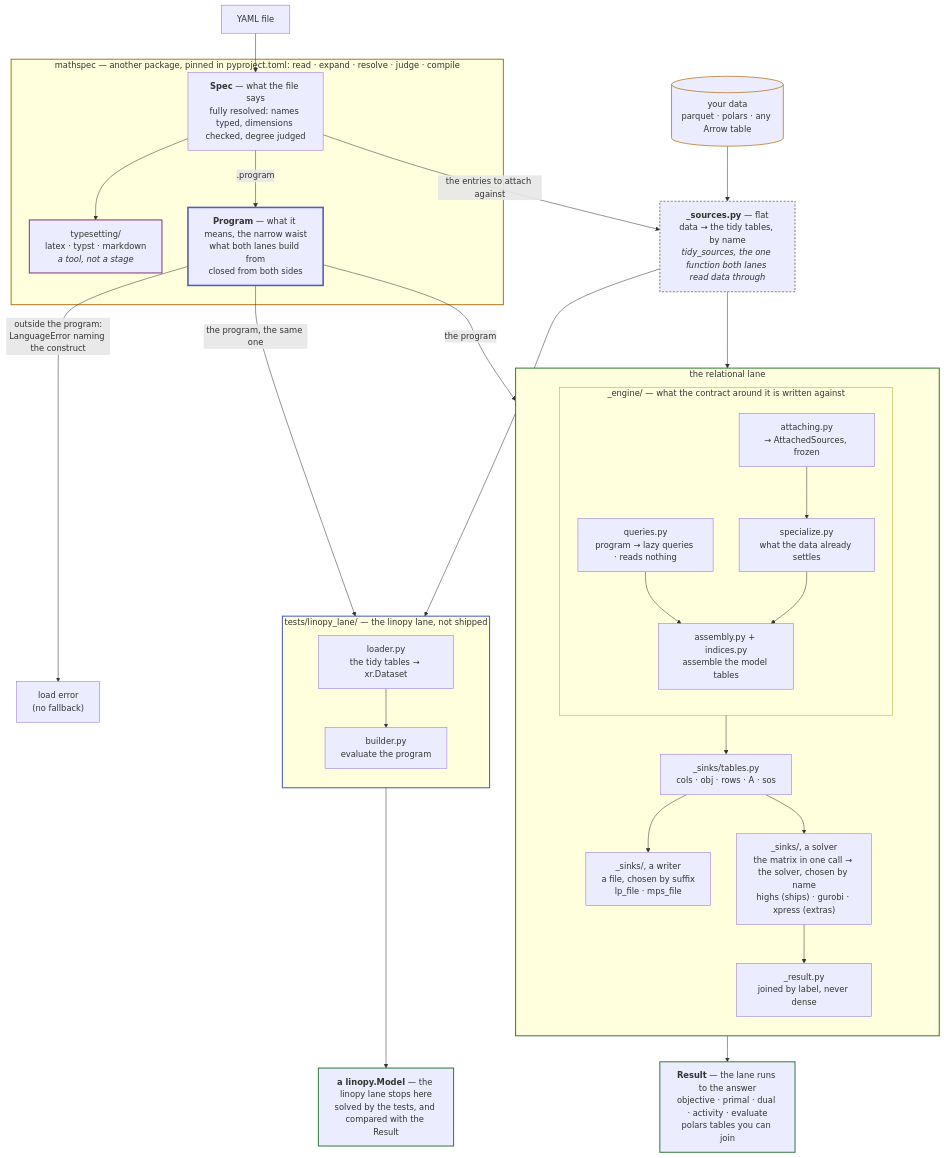
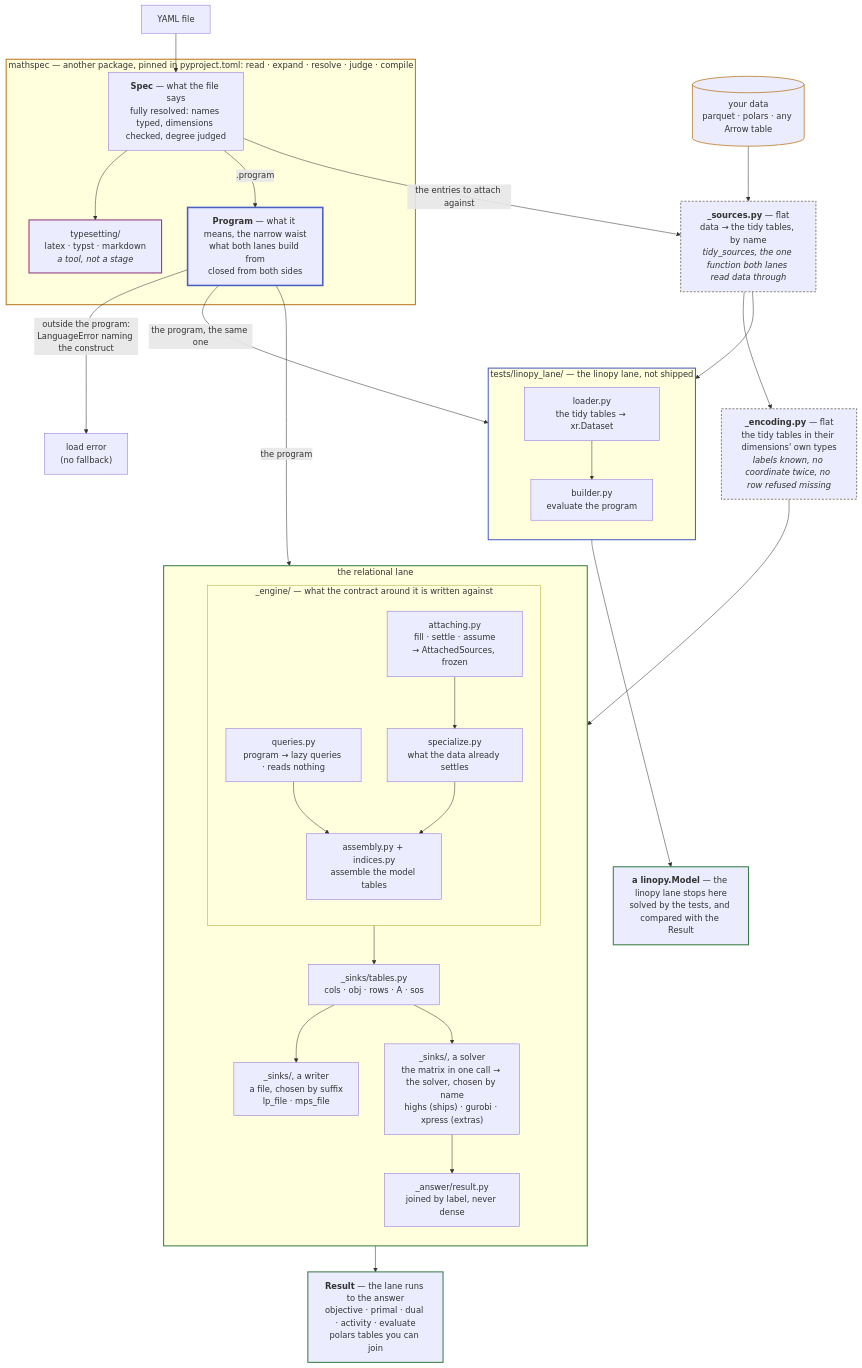
One commit to fluxopt/specsolve changed the diagram in docs/development/architecture.md. Above: the diagram before and after it, drawn with Mermaid. The commit also changed other lines of this file and 99 other files, not shown here.

````diff
--- a/docs/development/architecture.md
+++ b/docs/development/architecture.md
@@ -19,60 +19,61 @@
 ```mermaid
 flowchart TB
     Y[YAML file] --> SPEC
     DATA[("your data<br/>parquet · polars · any Arrow table")] --> SRC
 
     subgraph MS["mathspec — another package, pinned in pyproject.toml: read · expand · resolve · judge · compile"]
         SPEC["<b>Spec</b> — what the file says<br/>fully resolved: names typed, dimensions checked, degree judged"]
         SPEC --> TS["typesetting/<br/>latex · typst · markdown<br/><i>a tool, not a stage</i>"]
         SPEC -->|".program"| PLAN["<b>Program</b> — what it means, the narrow waist<br/>what both lanes build from<br/>closed from both sides"]
     end
 
     SPEC -->|"the entries to attach against"| SRC
     SRC["<b>_sources.py</b> — flat<br/>data → the tidy tables, by name<br/><i>tidy_sources, the one function both lanes read data through</i>"]
+    SRC --> ENC["<b>_encoding.py</b> — flat<br/>the tidy tables in their dimensions' own types<br/><i>labels known, no coordinate twice, no row refused missing</i>"]
 
     PLAN -->|"outside the program:<br/>LanguageError naming the construct"| ERR["load error<br/>(no fallback)"]
     PLAN -->|"the program"| QUERIES
-    SRC --> ATTACH
+    ENC --> ATTACH
     PLAN -->|"the program, the same one"| BUILD
     SRC --> LOAD
 
     subgraph REL["the relational lane"]
         direction TB
         subgraph ENG["_engine/ — what the contract around it is written against"]
             direction TB
             QUERIES["queries.py<br/>program → lazy queries · reads nothing"] --> ENGINE
-            ATTACH["attaching.py<br/>→ AttachedSources, frozen"] --> SPECIALIZE["specialize.py<br/>what the data already settles"]
+            ATTACH["attaching.py<br/>fill · settle · assume<br/>→ AttachedSources, frozen"] --> SPECIALIZE["specialize.py<br/>what the data already settles"]
             SPECIALIZE --> ENGINE["assembly.py + indices.py<br/>assemble the model tables"]
         end
         ENG --> TABLES["_sinks/tables.py<br/>cols · obj · rows · A · sos"]
         TABLES --> LPS["_sinks/, a writer<br/>a file, chosen by suffix<br/>lp_file · mps_file"]
         TABLES --> DIRECT["_sinks/, a solver<br/>the matrix in one call → the solver, chosen by name<br/>highs (ships) · gurobi · xpress (extras)"]
-        DIRECT --> SOL["_result.py<br/>joined by label, never dense"]
+        DIRECT --> SOL["_answer/result.py<br/>joined by label, never dense"]
     end
 
     SOL --> ANS["<b>Result</b> — the lane runs to the answer<br/>objective · primal · dual · activity · evaluate<br/>polars tables you can join"]
 
     subgraph LIN["tests/linopy_lane/ — the linopy lane, not shipped"]
         direction TB
         LOAD["loader.py<br/>the tidy tables → xr.Dataset"] --> BUILD["builder.py<br/>evaluate the program"]
     end
 
     BUILD --> MODEL["<b>a linopy.Model</b> — the linopy lane stops here<br/>solved by the tests, and compared with the Result"]
 
     classDef laneL stroke:#b7791f,stroke-width:2px
     classDef laneR stroke:#3a7d44,stroke-width:2px
     classDef laneE stroke:#4a5fc1,stroke-width:2px
     classDef laneT stroke:#8b3a7d,stroke-width:2px
     classDef waist stroke:#4a5fc1,stroke-width:3px
     classDef flat stroke:#8a8578,stroke-width:2px,stroke-dasharray:4 3
     classDef data stroke:#b7791f,stroke-width:1.5px
     classDef out stroke:#3a7d44,stroke-width:2px
     class MS laneL
     class REL laneR
     class LIN laneE
     class TS laneT
     class PLAN waist
-    class SRC flat
+    class SRC,ENC flat
     class DATA data
     class ANS,MODEL out
 ```
````
